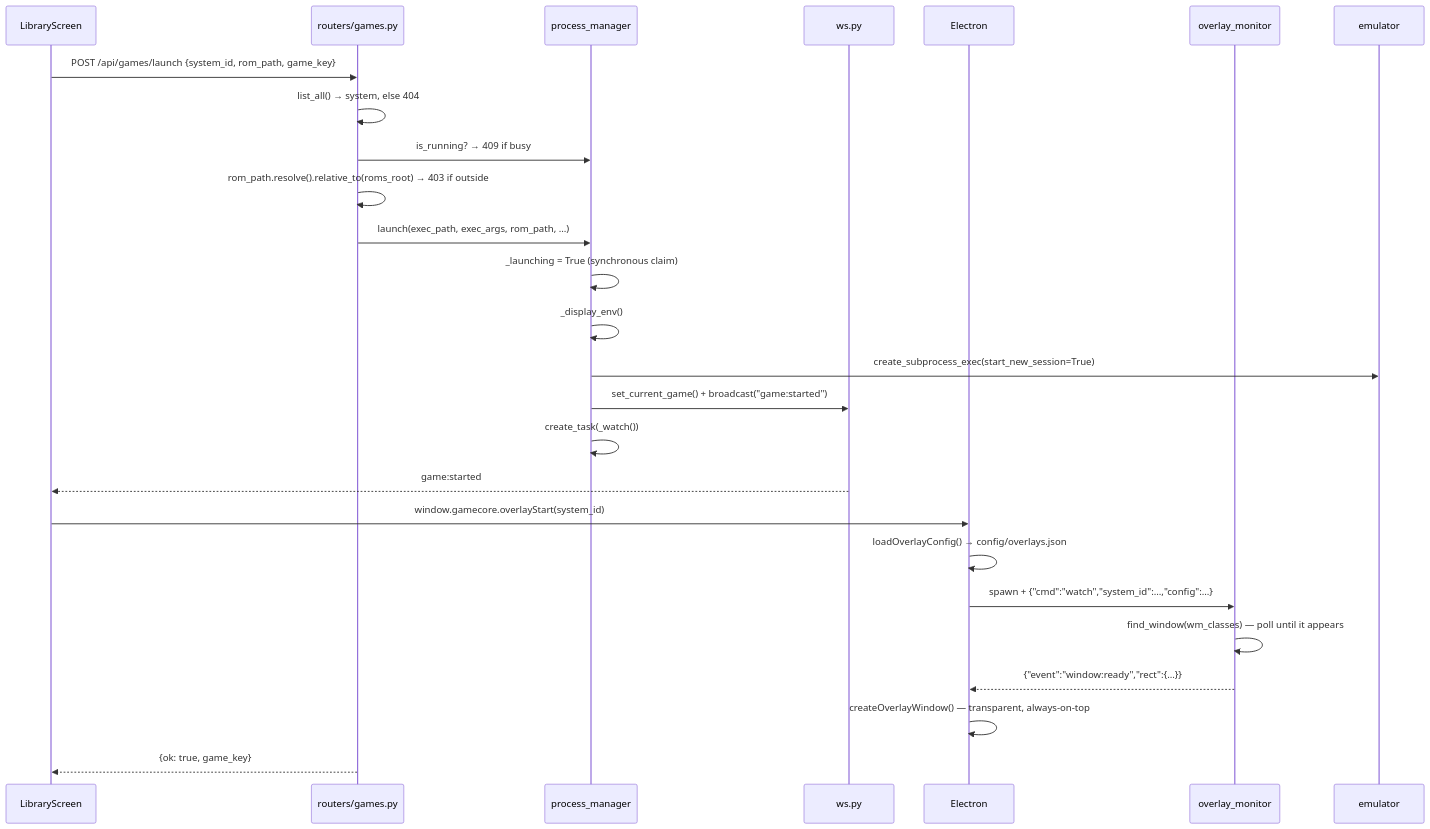
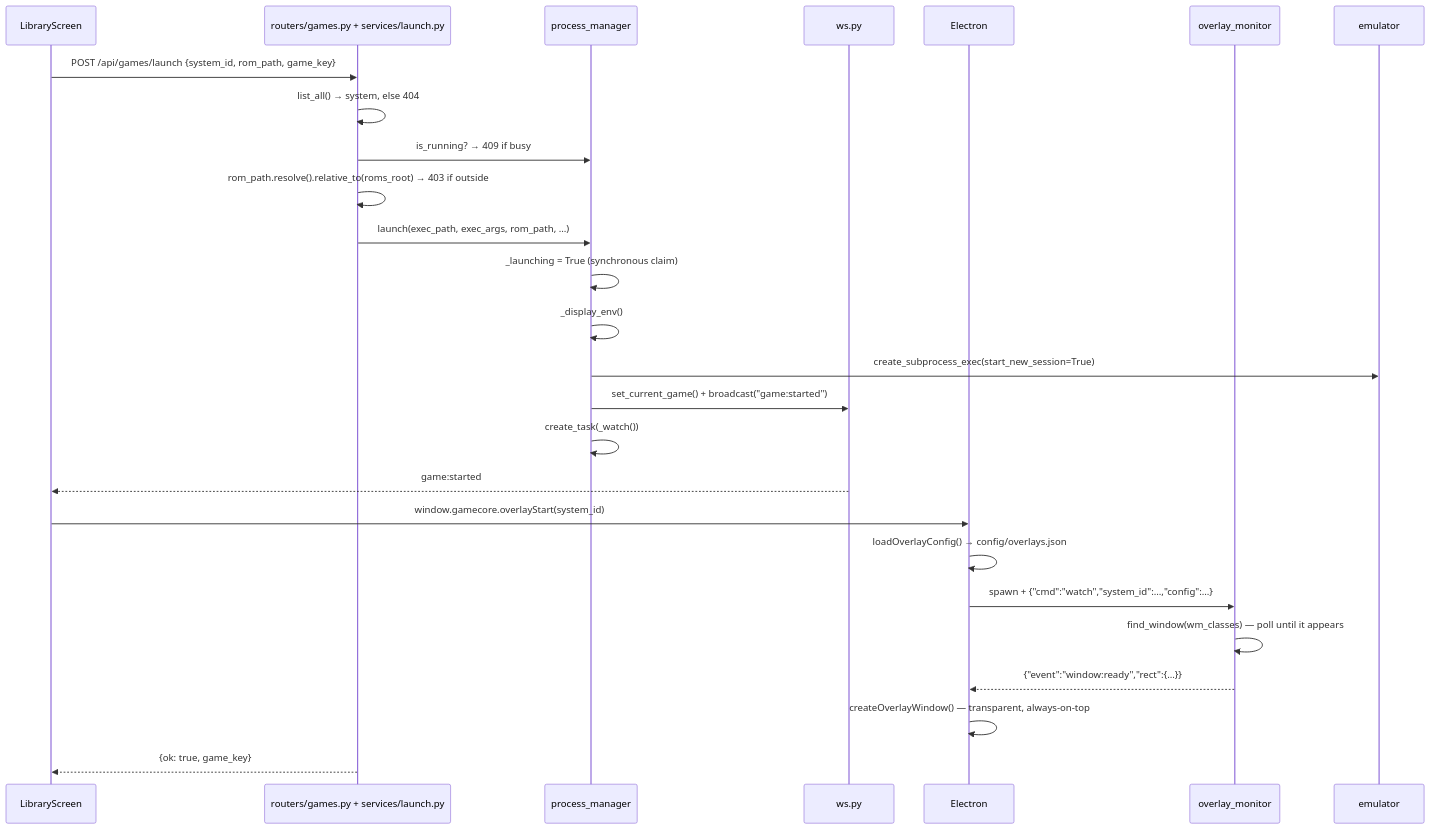
One commit to p4v1c/GamecoreRenew changed the first of 8 diagrams in docs/architecture/02-request-flows.md. Above: the diagram before and after it, drawn with Mermaid. The commit also changed 18 other files, not shown here.

````diff
--- a/docs/architecture/02-request-flows.md
+++ b/docs/architecture/02-request-flows.md
@@ -7,29 +7,29 @@
 ```mermaid
 sequenceDiagram
     participant ui as LibraryScreen
-    participant r as routers/games.py
+    participant r as routers/games.py + services/launch.py
     participant pm as process_manager
     participant ws as ws.py
     participant el as Electron
     participant mon as overlay_monitor
     participant emu as emulator
 
     ui->>r: POST /api/games/launch {system_id, rom_path, game_key}
     r->>r: list_all() → system, else 404
     r->>pm: is_running? → 409 if busy
     r->>r: rom_path.resolve().relative_to(roms_root) → 403 if outside
     r->>pm: launch(exec_path, exec_args, rom_path, …)
     pm->>pm: _launching = True (synchronous claim)
     pm->>pm: _display_env()
     pm->>emu: create_subprocess_exec(start_new_session=True)
     pm->>ws: set_current_game() + broadcast("game:started")
     pm->>pm: create_task(_watch())
     ws-->>ui: game:started
     ui->>el: window.gamecore.overlayStart(system_id)
     el->>el: loadOverlayConfig() → config/overlays.json
     el->>mon: spawn + {"cmd":"watch","system_id":…,"config":…}
     mon->>mon: find_window(wm_classes) — poll until it appears
     mon-->>el: {"event":"window:ready","rect":{…}}
     el->>el: createOverlayWindow() — transparent, always-on-top
     r-->>ui: {ok: true, game_key}
 ```
````
